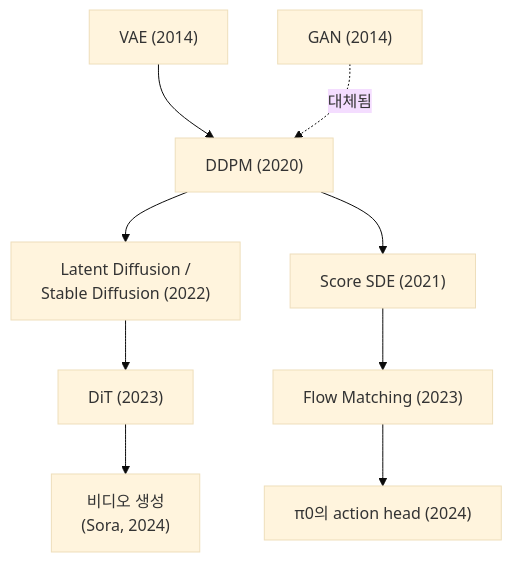
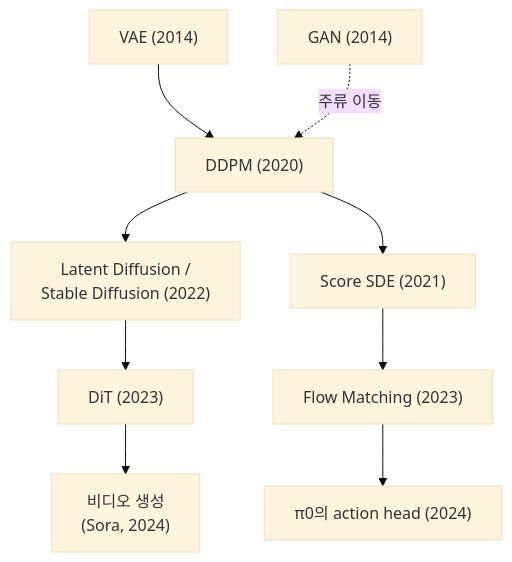
The fourth of 6 diagrams in content/03-deep-learning/lineage.md (jiseop-byeon/phd-wiki), drawn with Mermaid (base theme) before and after one commit. The commit also changed other lines of this file and 12 other files, not shown here.

````diff
--- a/content/03-deep-learning/lineage.md
+++ b/content/03-deep-learning/lineage.md
@@ -66,11 +66,11 @@
 ```mermaid
 graph TD
     VAE["VAE (2014)"] --> DDPM["DDPM (2020)"]
-    GAN["GAN (2014)"] -.대체됨.-> DDPM
+    GAN["GAN (2014)"] -.주류 이동.-> DDPM
     DDPM --> LDM["Latent Diffusion /<br/>Stable Diffusion (2022)"]
     DDPM --> Score["Score SDE (2021)"]
     Score --> FM["Flow Matching (2023)"]
     LDM --> DiT["DiT (2023)"]
     DiT --> Video["비디오 생성<br/>(Sora, 2024)"]
     FM --> Pi0["π0의 action head (2024)"]
 ```
````
